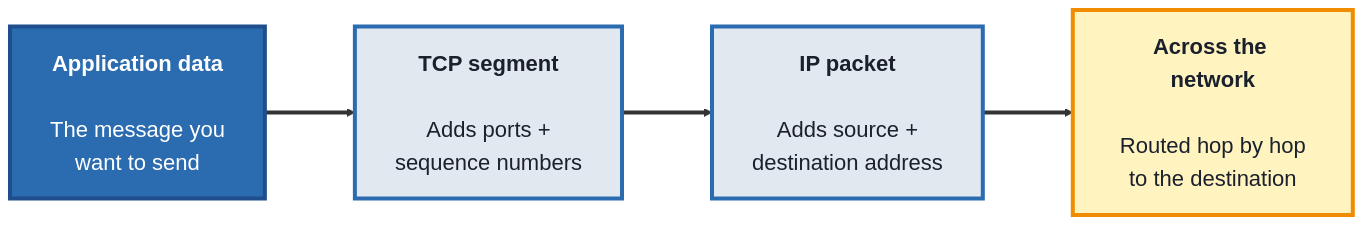
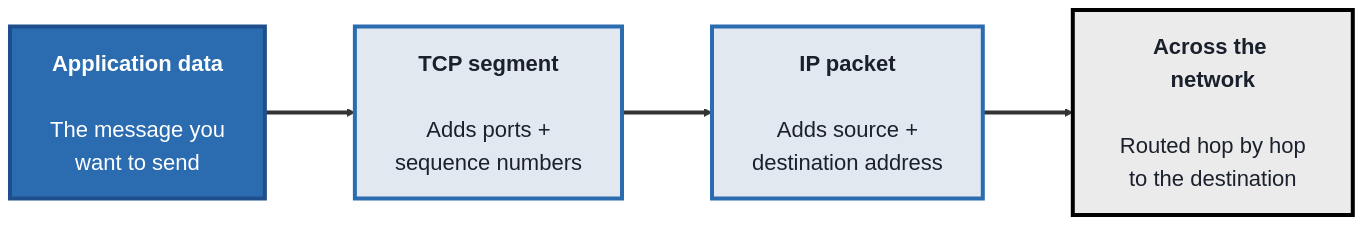
Before and after one commit to SHEMODELTECH/shemodeltech: the first of 4 diagrams in src/Pages/courses/TechGuard/module-1-networking.md, drawn with Mermaid. The commit also changed other lines of this file and 46 other files, not shown here.

````diff
--- a/src/Pages/courses/TechGuard/module-1-networking.md
+++ b/src/Pages/courses/TechGuard/module-1-networking.md
@@ -20,16 +20,16 @@
 ```mermaid
 %%{init: {'theme':'base', 'themeVariables': {'fontSize':'22px', 'primaryTextColor':'#1a202c', 'primaryBorderColor':'#1e4e8c', 'lineColor':'#333333'}, 'flowchart': {'nodeSpacing': 70, 'rankSpacing': 90, 'padding': 20}}}%%
 flowchart LR
     APP["<b>Application data</b><br/><br/>The message you<br/>want to send"]
     TCP["<b>TCP segment</b><br/><br/>Adds ports +<br/>sequence numbers"]
     IP["<b>IP packet</b><br/><br/>Adds source +<br/>destination address"]
     NET["<b>Across the network</b><br/><br/>Routed hop by hop<br/>to the destination"]
 
     APP ==> TCP ==> IP ==> NET
 
     style APP fill:#2b6cb0,color:#fff,stroke:#1e4e8c,stroke-width:4px
     style TCP fill:#e2e8f0,color:#1a202c,stroke:#2b6cb0,stroke-width:4px
     style IP fill:#e2e8f0,color:#1a202c,stroke:#2b6cb0,stroke-width:4px
-    style NET fill:#fff3bf,color:#1a202c,stroke:#f08c00,stroke-width:4px
+    style NET fill:#EBEBEB,color:#1a202c,stroke:#000000,stroke-width:4px
     linkStyle default stroke-width:4px,stroke:#333333
 ```
````
